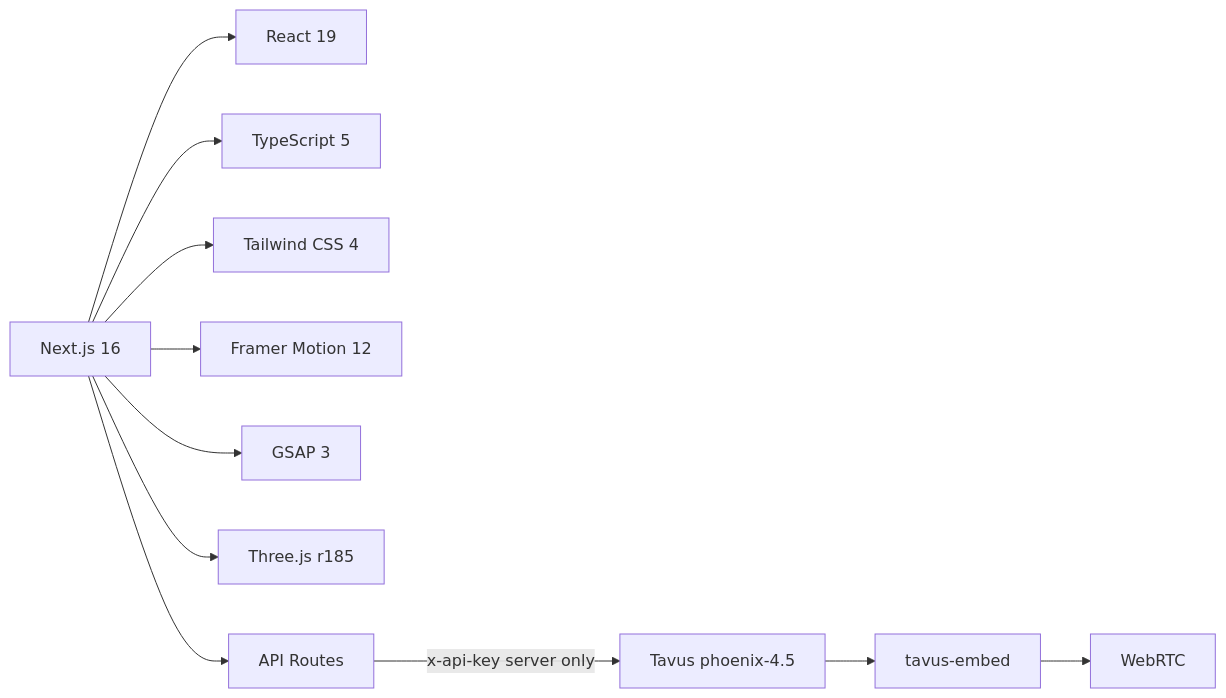
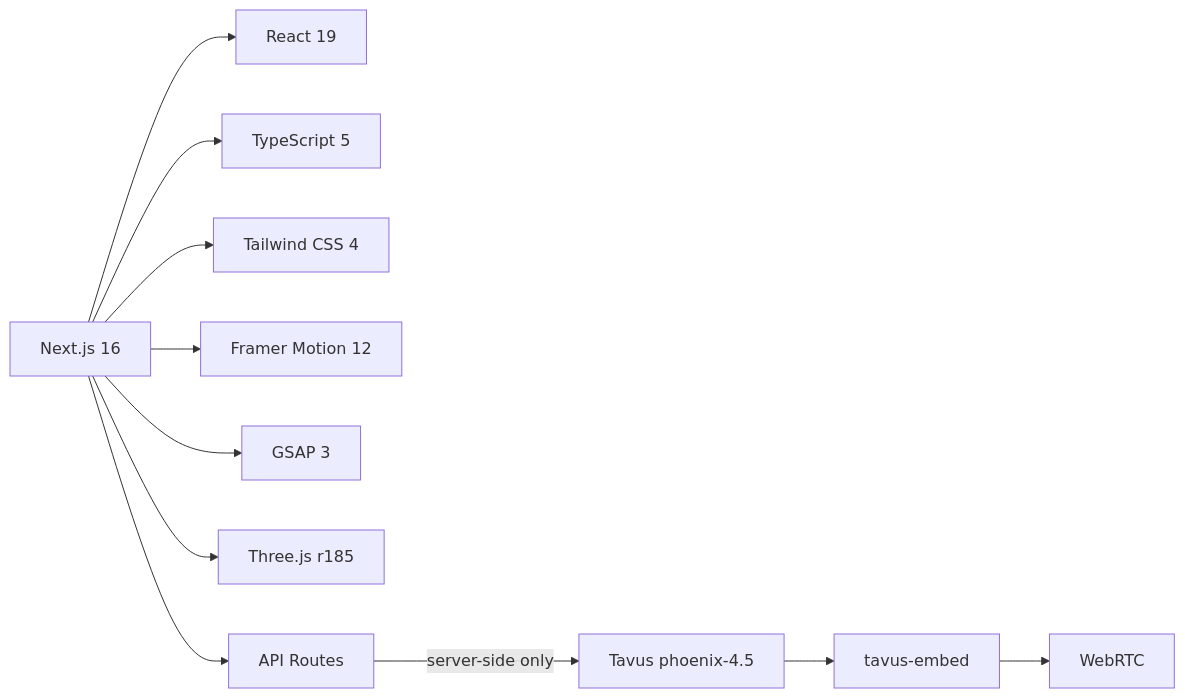
One commit to SurinderTech/interview-ai changed the fifth of 5 diagrams in README.md. Above: the diagram before and after it, drawn with Mermaid. The commit also changed other lines of this file and 1 other file, not shown here.

Commit message:
fix: add real Priya avatar photo, fix mermaid diagrams, fix all 3 AI interviewer cards

````diff
--- a/README.md
+++ b/README.md
@@ -232,13 +216,13 @@
 ```mermaid
 graph LR
     NX["Next.js 16"] --> RC["React 19"]
     NX --> TS["TypeScript 5"]
     NX --> TW["Tailwind CSS 4"]
     NX --> FM["Framer Motion 12"]
     NX --> GS["GSAP 3"]
     NX --> THR["Three.js r185"]
     NX --> ENV["API Routes"]
-    ENV -->|"x-api-key server only"| TVS["Tavus phoenix-4.5"]
+    ENV -->|"server-side only"| TVS["Tavus phoenix-4.5"]
     TVS --> EMB["tavus-embed"]
     EMB --> WRT["WebRTC"]
 ```
````
